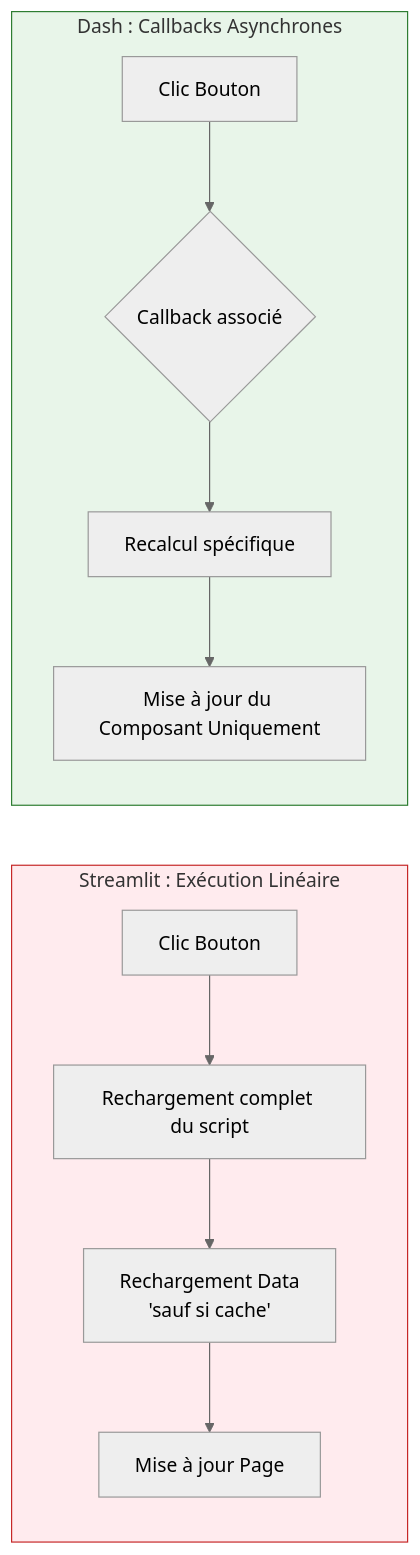
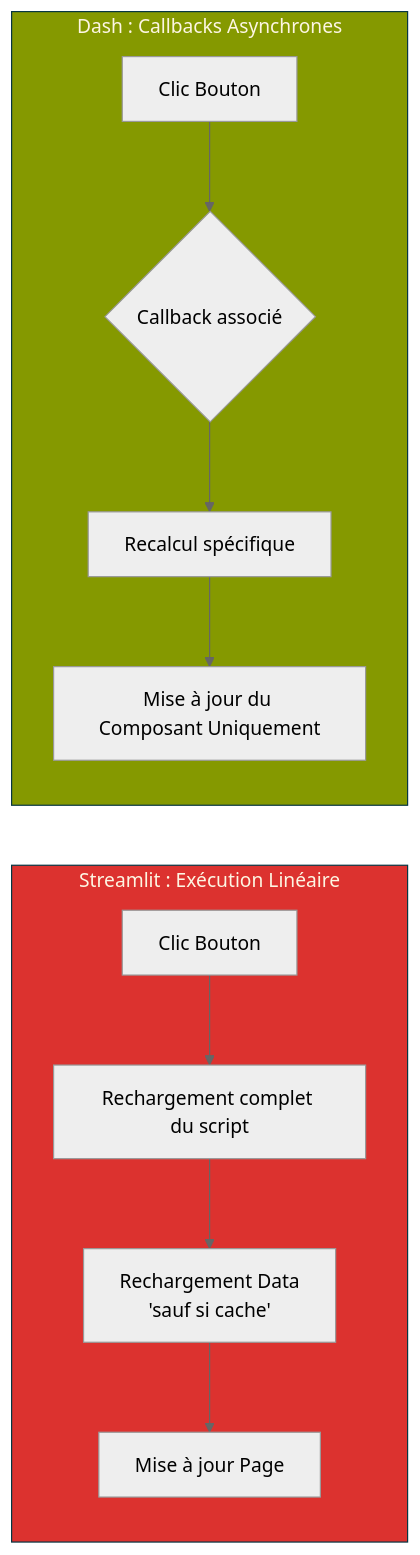
One commit to aptitek/aptispace-datascience changed the diagram in cours/4_visualisation/_44_dashboards.qmd. Above: the diagram before and after it, drawn with Mermaid (neutral theme). The commit also changed 35 other files, not shown here.

````diff
--- a/cours/4_visualisation/_44_dashboards.qmd
+++ b/cours/4_visualisation/_44_dashboards.qmd
@@ -34,18 +34,18 @@
 ```{mermaid}
 flowchart LR
     subgraph Streamlit [Streamlit : Exécution Linéaire]
         S1[Clic Bouton] --> S2[Rechargement complet du script]
         S2 --> S3[Rechargement Data\n'sauf si cache']
         S3 --> S4[Mise à jour Page]
     end
 
     subgraph Dash [Dash : Callbacks Asynchrones]
         D1[Clic Bouton] --> D2{Callback associé}
         D2 --> D3[Recalcul spécifique]
         D3 --> D4[Mise à jour du Composant Uniquement]
     end
     
-    style Streamlit fill:#ffebee,stroke:#c62828
-    style Dash fill:#e8f5e9,stroke:#2e7d32
+    style Streamlit fill:#dc322f,stroke:#073642,color:#fdf6e3
+    style Dash fill:#859900,stroke:#073642,color:#fdf6e3
 
 ```
````
